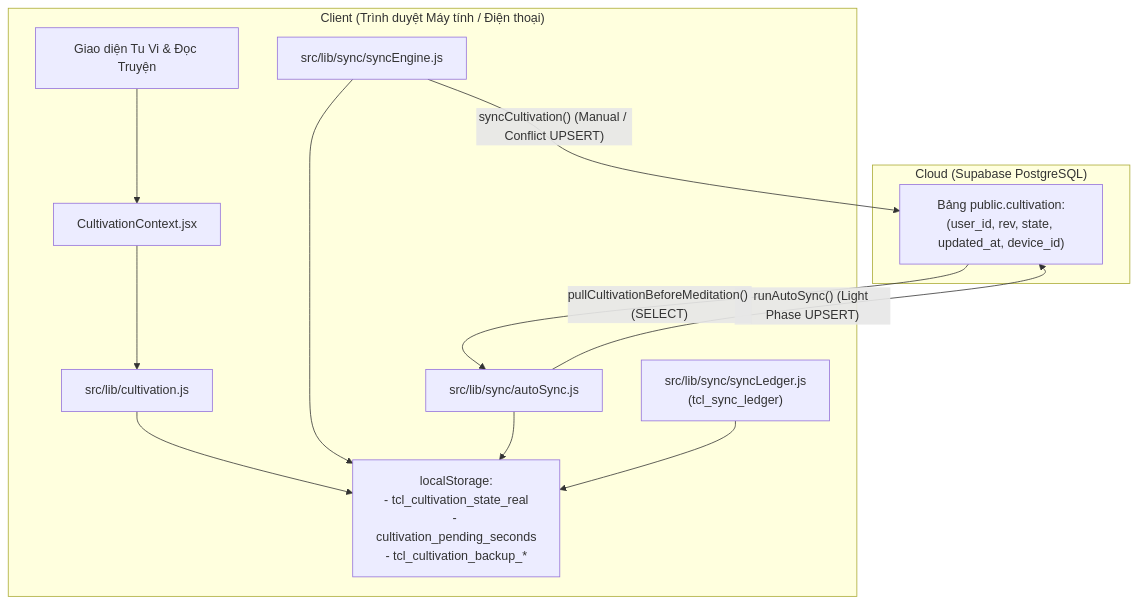
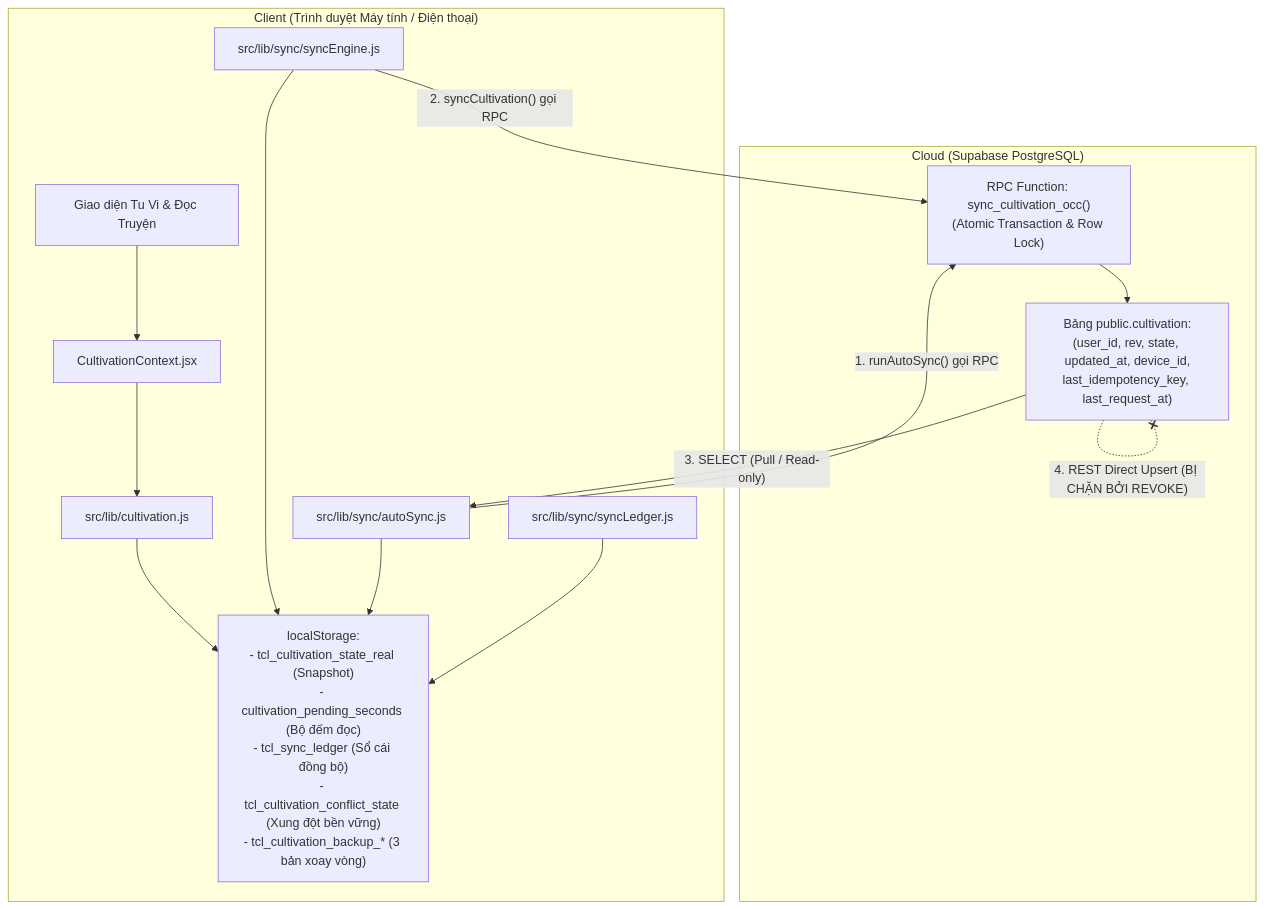
Before and after one commit to truevoidnan-commits/quangamchingoai: the first of 4 diagrams in docs/CULTIVATION_OCC_DESIGN.md, drawn with Mermaid. The commit also changed other lines of this file, not shown here.

Commit message:
docs: address review feedback on cultivation OCC design

````diff
--- a/docs/CULTIVATION_OCC_DESIGN.md
+++ b/docs/CULTIVATION_OCC_DESIGN.md
@@ -23,20 +26,23 @@
 ```mermaid
 flowchart TD
     subgraph Client ["Client (Trình duyệt Máy tính / Điện thoại)"]
         UI["Giao diện Tu Vi & Đọc Truyện"] --> Context["CultivationContext.jsx"]
         Context --> CultLib["src/lib/cultivation.js"]
-        CultLib --> LocalStorage["localStorage:\n- tcl_cultivation_state_real\n- cultivation_pending_seconds\n- tcl_cultivation_backup_*"]
+        CultLib --> LocalStorage["localStorage:\n- tcl_cultivation_state_real (Snapshot)\n- cultivation_pending_seconds (Bộ đếm đọc)\n- tcl_sync_ledger (Sổ cái đồng bộ)\n- tcl_cultivation_conflict_state (Xung đột bền vững)\n- tcl_cultivation_backup_* (3 bản xoay vòng)"]
         
         SyncEngine["src/lib/sync/syncEngine.js"] --> LocalStorage
         AutoSync["src/lib/sync/autoSync.js"] --> LocalStorage
-        SyncLedger["src/lib/sync/syncLedger.js\n(tcl_sync_ledger)"] --> LocalStorage
+        SyncLedger["src/lib/sync/syncLedger.js"] --> LocalStorage
     end
 
     subgraph Supabase ["Cloud (Supabase PostgreSQL)"]
-        TableCult["Bảng public.cultivation:\n(user_id, rev, state, updated_at, device_id)"]
+        RPC["RPC Function: sync_cultivation_occ()\n(Atomic Transaction & Row Lock)"]
+        TableCult["Bảng public.cultivation:\n(user_id, rev, state, updated_at, device_id,\nlast_idempotency_key, last_request_at)"]
+        RPC --> TableCult
     end
 
-    AutoSync -- "runAutoSync() (Light Phase UPSERT)" --> TableCult
-    SyncEngine -- "syncCultivation() (Manual / Conflict UPSERT)" --> TableCult
-    TableCult -- "pullCultivationBeforeMeditation() (SELECT)" --> AutoSync
+    AutoSync -- "1. runAutoSync() gọi RPC" --> RPC
+    SyncEngine -- "2. syncCultivation() gọi RPC" --> RPC
+    TableCult -- "3. SELECT (Pull / Read-only)" --> AutoSync
+    TableCult -. "4. REST Direct Upsert (BỊ CHẶN BỞI REVOKE)" .-x TableCult
 ```
````
